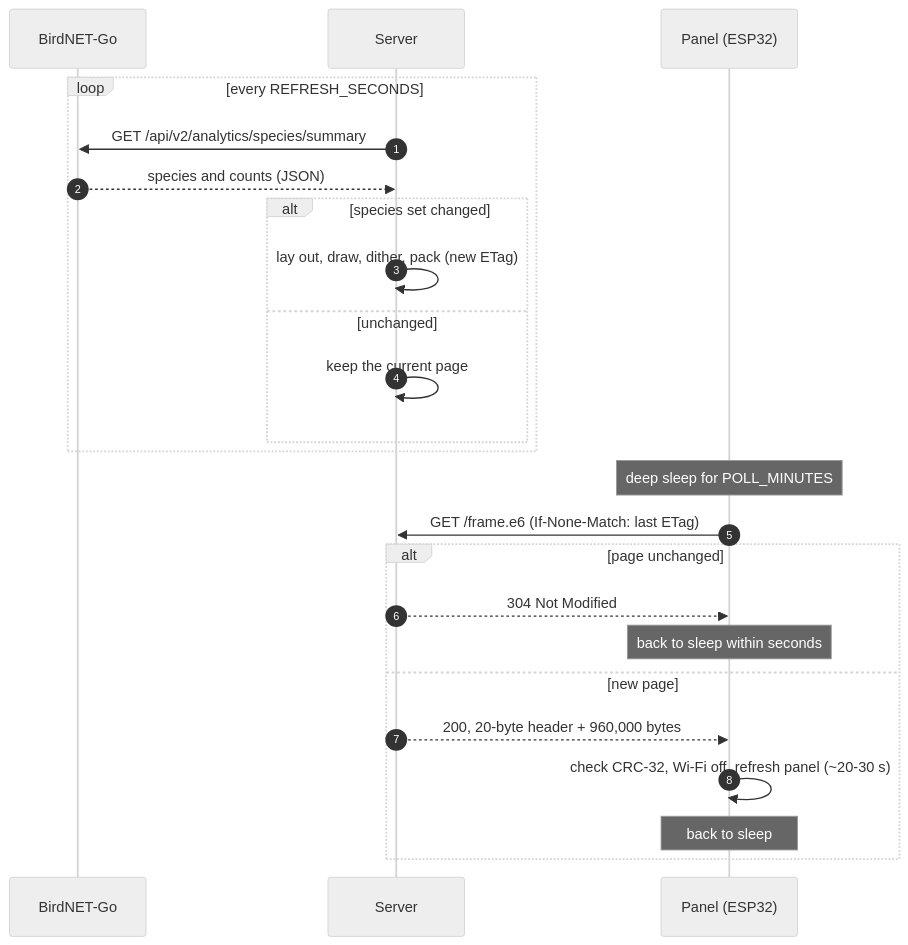
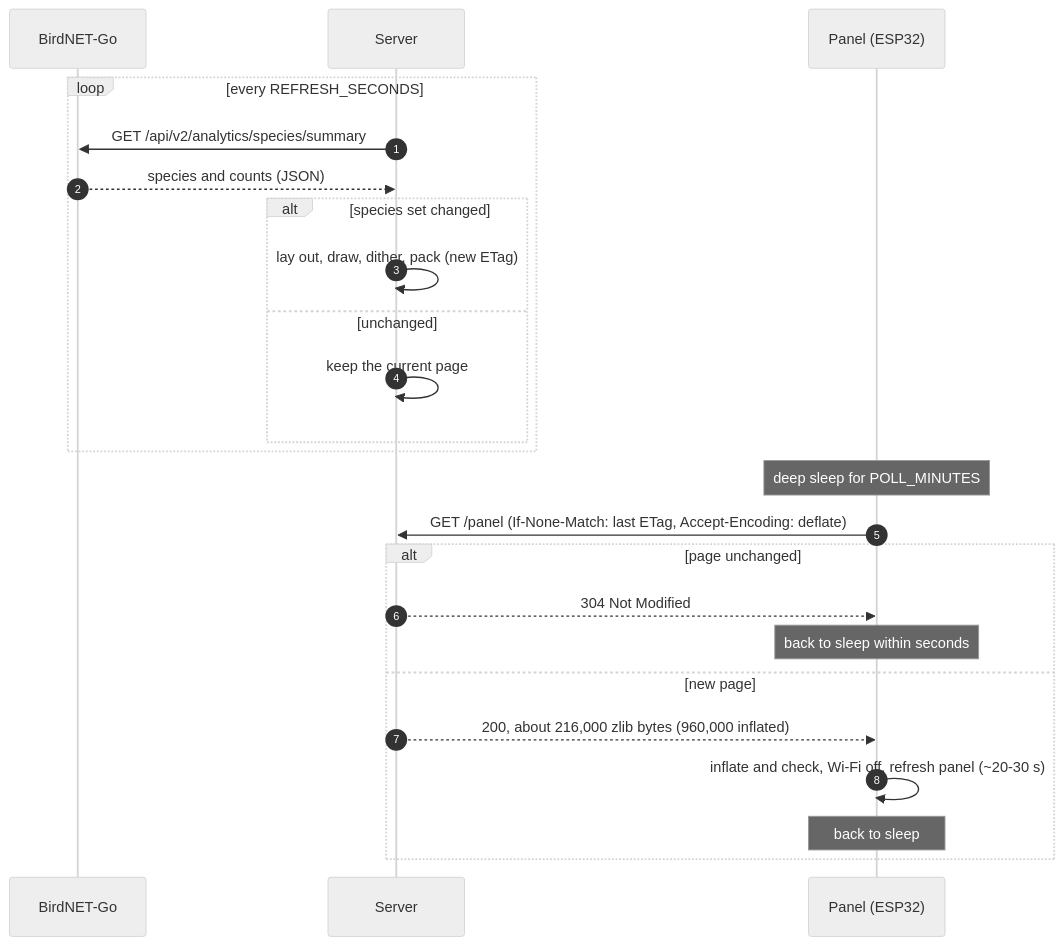
One commit to Filip-Pajalic/birdnet-go-frame changed the second of 2 diagrams in docs/explanation/architecture.md. Above: the diagram before and after it, drawn with Mermaid (neutral theme). The commit also changed other lines of this file and 38 other files, not shown here.

First line of the commit message:
Serve the panel compressed at /panel instead of /frame.e6

````diff
--- a/docs/explanation/architecture.md
+++ b/docs/explanation/architecture.md
@@ -36,28 +36,28 @@
 ```mermaid
 sequenceDiagram
     autonumber
     participant B as BirdNET-Go
     participant S as Server
     participant P as Panel (ESP32)
 
     loop every REFRESH_SECONDS
         S->>B: GET /api/v2/analytics/species/summary
         B-->>S: species and counts (JSON)
         alt species set changed
             S->>S: lay out, draw, dither, pack (new ETag)
         else unchanged
             S->>S: keep the current page
         end
     end
 
     Note over P: deep sleep for POLL_MINUTES
-    P->>S: GET /frame.e6 (If-None-Match: last ETag)
+    P->>S: GET /panel (If-None-Match: last ETag, Accept-Encoding: deflate)
     alt page unchanged
         S-->>P: 304 Not Modified
         Note over P: back to sleep within seconds
     else new page
-        S-->>P: 200, 20-byte header + 960,000 bytes
-        P->>P: check CRC-32, Wi-Fi off, refresh panel (~20-30 s)
+        S-->>P: 200, about 216,000 zlib bytes (960,000 inflated)
+        P->>P: inflate and check, Wi-Fi off, refresh panel (~20-30 s)
         Note over P: back to sleep
     end
 ```
````
